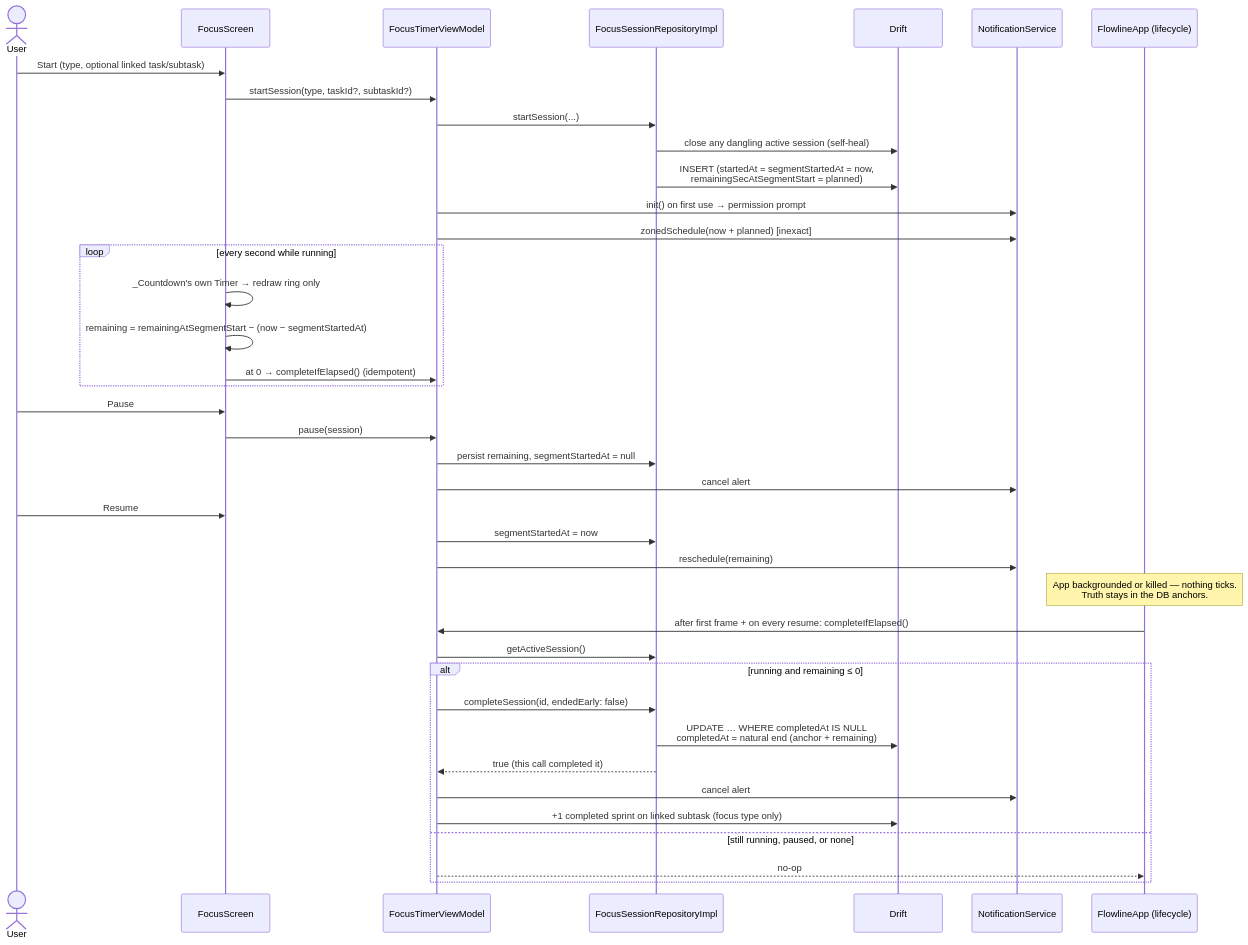
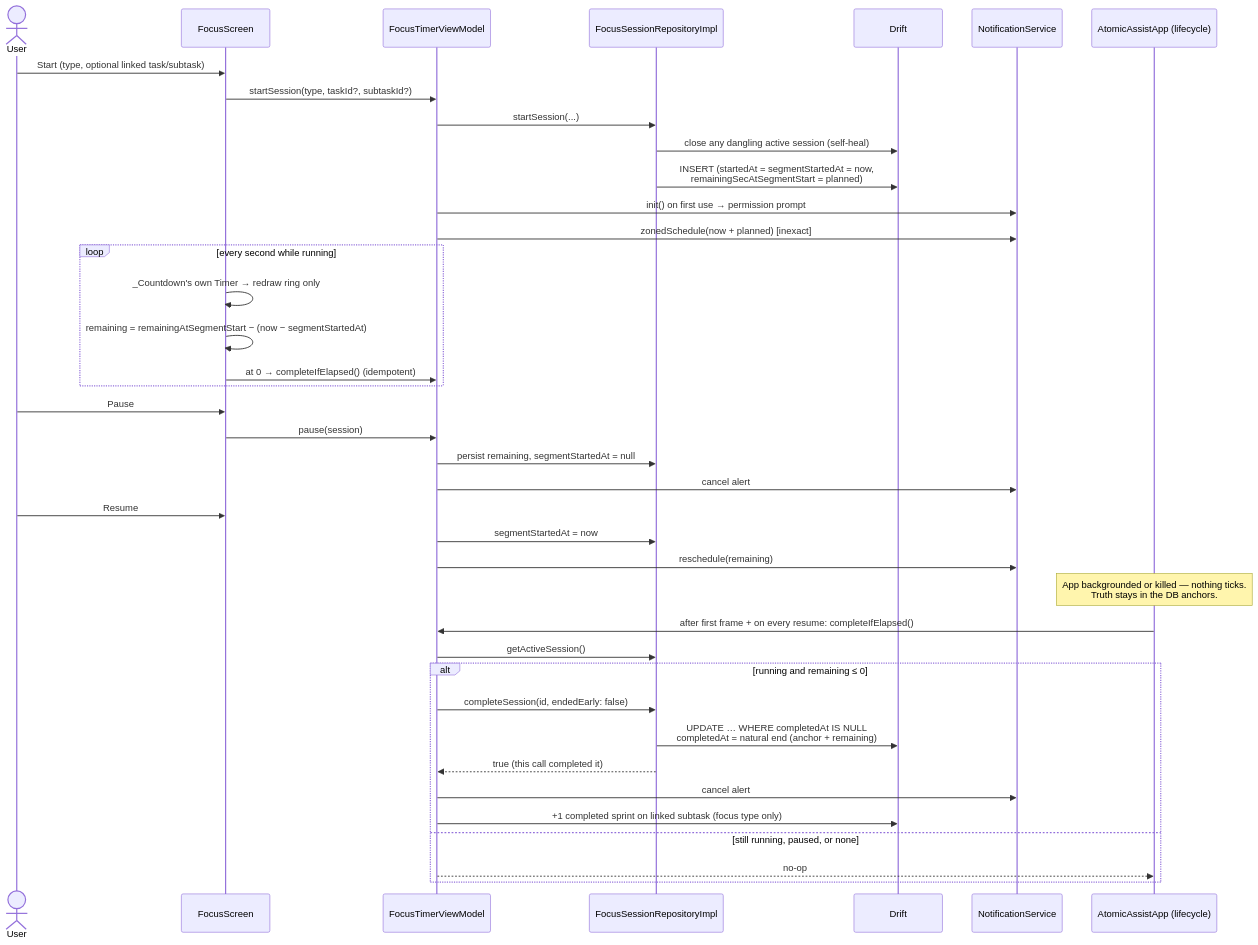
Before and after one commit to DevBehindYou/FLOWLINE: the sixth of 12 diagrams in PROJECT_OVERVIEW.md, drawn with Mermaid. The commit also changed other lines of this file and 107 other files, not shown here.

First line of the commit message:
chore(brand): rename Flowline to Atomic Assist (AA), with new package and app ids

````diff
--- a/PROJECT_OVERVIEW.md
+++ b/PROJECT_OVERVIEW.md
@@ -369,47 +369,47 @@
 ```mermaid
 sequenceDiagram
     actor U as User
     participant F as FocusScreen
     participant VM as FocusTimerViewModel
     participant R as FocusSessionRepositoryImpl
     participant DB as Drift
     participant N as NotificationService
-    participant App as FlowlineApp (lifecycle)
+    participant App as AtomicAssistApp (lifecycle)
 
     U->>F: Start (type, optional linked task/subtask)
     F->>VM: startSession(type, taskId?, subtaskId?)
     VM->>R: startSession(...)
     R->>DB: close any dangling active session (self-heal)
     R->>DB: INSERT (startedAt = segmentStartedAt = now,<br/>remainingSecAtSegmentStart = planned)
     VM->>N: init() on first use → permission prompt
     VM->>N: zonedSchedule(now + planned) [inexact]
 
     loop every second while running
         F->>F: _Countdown's own Timer → redraw ring only
         F->>F: remaining = remainingAtSegmentStart − (now − segmentStartedAt)
         F->>VM: at 0 → completeIfElapsed() (idempotent)
     end
 
     U->>F: Pause
     F->>VM: pause(session)
     VM->>R: persist remaining, segmentStartedAt = null
     VM->>N: cancel alert
 
     U->>F: Resume
     VM->>R: segmentStartedAt = now
     VM->>N: reschedule(remaining)
 
     Note over App: App backgrounded or killed — nothing ticks.<br/>Truth stays in the DB anchors.
 
     App->>VM: after first frame + on every resume: completeIfElapsed()
     VM->>R: getActiveSession()
     alt running and remaining ≤ 0
         VM->>R: completeSession(id, endedEarly: false)
         R->>DB: UPDATE … WHERE completedAt IS NULL<br/>completedAt = natural end (anchor + remaining)
         R-->>VM: true (this call completed it)
         VM->>N: cancel alert
         VM->>DB: +1 completed sprint on linked subtask (focus type only)
     else still running, paused, or none
         VM-->>App: no-op
     end
 ```
````
